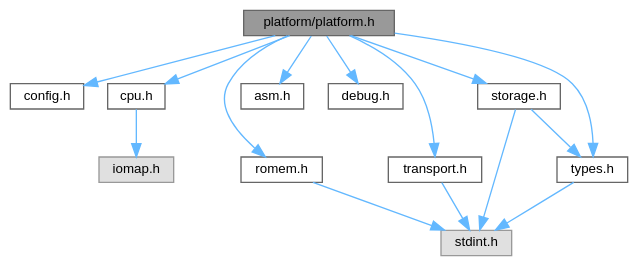
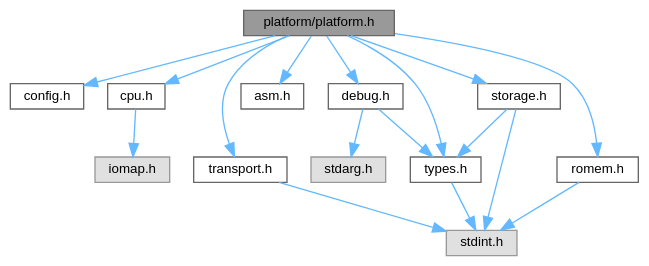
One commit to ebs-universe/piolib-platform changed the diagram in platform_8h__incl.dot. Above: the diagram before and after it, drawn with Graphviz. The commit also changed 80 other files, not shown here.

```diff
--- a/platform_8h__incl.dot
+++ b/platform_8h__incl.dot
@@ -1,33 +1,36 @@
 digraph "platform/platform.h"
 {
  // INTERACTIVE_SVG=YES
  // LATEX_PDF_SIZE
   bgcolor="transparent";
   edge [fontname=Helvetica,fontsize=10,labelfontname=Helvetica,labelfontsize=10];
   node [fontname=Helvetica,fontsize=10,shape=box,height=0.2,width=0.4];
   Node1 [id="Node000001",label="platform/platform.h",height=0.2,width=0.4,color="gray40", fillcolor="grey60", style="filled", fontcolor="black",tooltip=" "];
   Node1 -> Node2 [id="edge1_Node000001_Node000002",color="steelblue1",style="solid",tooltip=" "];
   Node2 [id="Node000002",label="config.h",height=0.2,width=0.4,color="grey40", fillcolor="white", style="filled",URL="$config_8h.html",tooltip=" "];
   Node1 -> Node3 [id="edge2_Node000001_Node000003",color="steelblue1",style="solid",tooltip=" "];
   Node3 [id="Node000003",label="types.h",height=0.2,width=0.4,color="grey40", fillcolor="white", style="filled",URL="$types_8h.html",tooltip=" "];
   Node3 -> Node4 [id="edge3_Node000003_Node000004",color="steelblue1",style="solid",tooltip=" "];
   Node4 [id="Node000004",label="stdint.h",height=0.2,width=0.4,color="grey60", fillcolor="#E0E0E0", style="filled",tooltip=" "];
   Node1 -> Node5 [id="edge4_Node000001_Node000005",color="steelblue1",style="solid",tooltip=" "];
   Node5 [id="Node000005",label="cpu.h",height=0.2,width=0.4,color="grey40", fillcolor="white", style="filled",URL="$cpu_8h.html",tooltip="Definitions for EBS CPU controls."];
   Node5 -> Node6 [id="edge5_Node000005_Node000006",color="steelblue1",style="solid",tooltip=" "];
   Node6 [id="Node000006",label="iomap.h",height=0.2,width=0.4,color="grey60", fillcolor="#E0E0E0", style="filled",tooltip=" "];
   Node1 -> Node7 [id="edge6_Node000001_Node000007",color="steelblue1",style="solid",tooltip=" "];
   Node7 [id="Node000007",label="asm.h",height=0.2,width=0.4,color="grey40", fillcolor="white", style="filled",URL="$asm_8h.html",tooltip="Helper Definitions for ASM files."];
   Node1 -> Node8 [id="edge7_Node000001_Node000008",color="steelblue1",style="solid",tooltip=" "];
   Node8 [id="Node000008",label="debug.h",height=0.2,width=0.4,color="grey40", fillcolor="white", style="filled",URL="$debug_8h.html",tooltip=" "];
-  Node1 -> Node9 [id="edge8_Node000001_Node000009",color="steelblue1",style="solid",tooltip=" "];
-  Node9 [id="Node000009",label="romem.h",height=0.2,width=0.4,color="grey40", fillcolor="white", style="filled",URL="$romem_8h.html",tooltip=" "];
-  Node9 -> Node4 [id="edge9_Node000009_Node000004",color="steelblue1",style="solid",tooltip=" "];
+  Node8 -> Node9 [id="edge8_Node000008_Node000009",color="steelblue1",style="solid",tooltip=" "];
+  Node9 [id="Node000009",label="stdarg.h",height=0.2,width=0.4,color="grey60", fillcolor="#E0E0E0", style="filled",tooltip=" "];
+  Node8 -> Node3 [id="edge9_Node000008_Node000003",color="steelblue1",style="solid",tooltip=" "];
   Node1 -> Node10 [id="edge10_Node000001_Node000010",color="steelblue1",style="solid",tooltip=" "];
-  Node10 [id="Node000010",label="transport.h",height=0.2,width=0.4,color="grey40", fillcolor="white", style="filled",URL="$transport_8h.html",tooltip="Definitions for EBS transports."];
+  Node10 [id="Node000010",label="romem.h",height=0.2,width=0.4,color="grey40", fillcolor="white", style="filled",URL="$romem_8h.html",tooltip=" "];
   Node10 -> Node4 [id="edge11_Node000010_Node000004",color="steelblue1",style="solid",tooltip=" "];
   Node1 -> Node11 [id="edge12_Node000001_Node000011",color="steelblue1",style="solid",tooltip=" "];
-  Node11 [id="Node000011",label="storage.h",height=0.2,width=0.4,color="grey40", fillcolor="white", style="filled",URL="$storage_8h.html",tooltip=" "];
+  Node11 [id="Node000011",label="transport.h",height=0.2,width=0.4,color="grey40", fillcolor="white", style="filled",URL="$transport_8h.html",tooltip="Definitions for EBS transports."];
   Node11 -> Node4 [id="edge13_Node000011_Node000004",color="steelblue1",style="solid",tooltip=" "];
-  Node11 -> Node3 [id="edge14_Node000011_Node000003",color="steelblue1",style="solid",tooltip=" "];
+  Node1 -> Node12 [id="edge14_Node000001_Node000012",color="steelblue1",style="solid",tooltip=" "];
+  Node12 [id="Node000012",label="storage.h",height=0.2,width=0.4,color="grey40", fillcolor="white", style="filled",URL="$storage_8h.html",tooltip=" "];
+  Node12 -> Node4 [id="edge15_Node000012_Node000004",color="steelblue1",style="solid",tooltip=" "];
+  Node12 -> Node3 [id="edge16_Node000012_Node000003",color="steelblue1",style="solid",tooltip=" "];
 }
```
